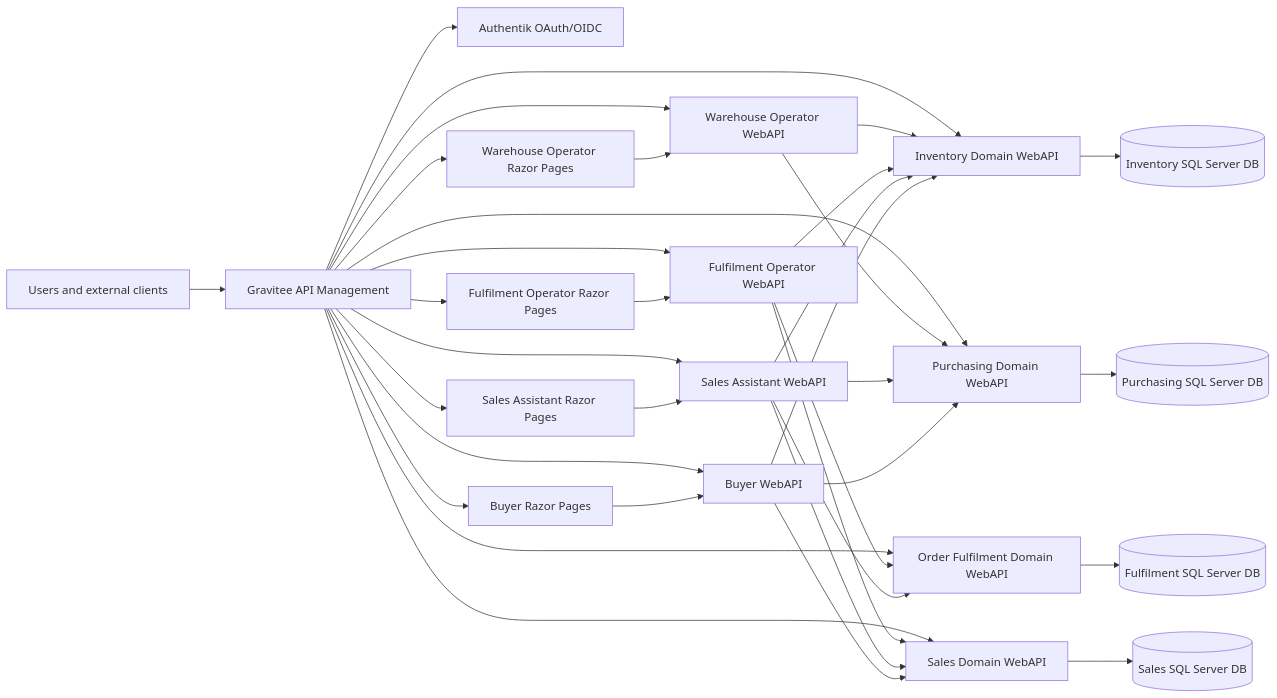
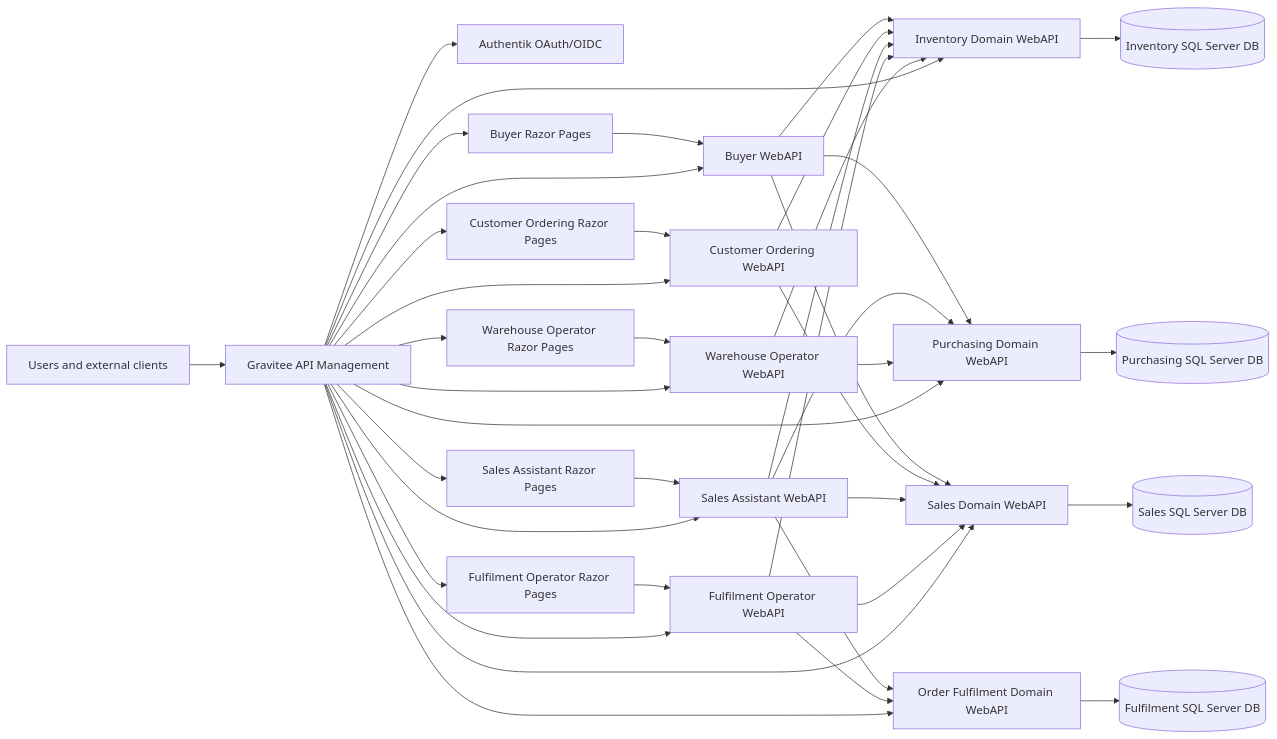
The diagram in docs/architecture/overview.md (ben-cottrell/acme-erp), drawn with Mermaid before and after one commit. The commit also changed other lines of this file and 78 other files, not shown here.

````diff
--- a/docs/architecture/overview.md
+++ b/docs/architecture/overview.md
@@ -85,37 +81,42 @@
 ```mermaid
 flowchart LR
     User[Users and external clients] --> Gravitee[Gravitee API Management]
     Gravitee --> Authentik[Authentik OAuth/OIDC]
     Gravitee --> WarehouseUi[Warehouse Operator Razor Pages]
     Gravitee --> WarehouseApi[Warehouse Operator WebAPI]
     Gravitee --> FulfilmentUi[Fulfilment Operator Razor Pages]
     Gravitee --> FulfilmentAppApi[Fulfilment Operator WebAPI]
     Gravitee --> SalesAssistantUi[Sales Assistant Razor Pages]
     Gravitee --> SalesAssistantApi[Sales Assistant WebAPI]
+    Gravitee --> CustomerOrderingUi[Customer Ordering Razor Pages]
+    Gravitee --> CustomerOrderingApi[Customer Ordering WebAPI]
     Gravitee --> BuyerUi[Buyer Razor Pages]
     Gravitee --> BuyerApi[Buyer WebAPI]
     Gravitee --> SalesApi[Sales Domain WebAPI]
     Gravitee --> PurchasingApi[Purchasing Domain WebAPI]
     Gravitee --> InventoryApi[Inventory Domain WebAPI]
     Gravitee --> FulfilmentApi[Order Fulfilment Domain WebAPI]
     WarehouseUi --> WarehouseApi
     FulfilmentUi --> FulfilmentAppApi
     SalesAssistantUi --> SalesAssistantApi
+    CustomerOrderingUi --> CustomerOrderingApi
     BuyerUi --> BuyerApi
     WarehouseApi --> InventoryApi
     WarehouseApi --> PurchasingApi
     FulfilmentAppApi --> FulfilmentApi
     FulfilmentAppApi --> SalesApi
     FulfilmentAppApi --> InventoryApi
     SalesAssistantApi --> SalesApi
     SalesAssistantApi --> InventoryApi
     SalesAssistantApi --> PurchasingApi
     SalesAssistantApi --> FulfilmentApi
+    CustomerOrderingApi --> SalesApi
+    CustomerOrderingApi --> InventoryApi
     BuyerApi --> PurchasingApi
     BuyerApi --> SalesApi
     BuyerApi --> InventoryApi
     SalesApi --> SalesDb[(Sales SQL Server DB)]
     PurchasingApi --> PurchasingDb[(Purchasing SQL Server DB)]
     InventoryApi --> InventoryDb[(Inventory SQL Server DB)]
     FulfilmentApi --> FulfilmentDb[(Fulfilment SQL Server DB)]
 ```
````
